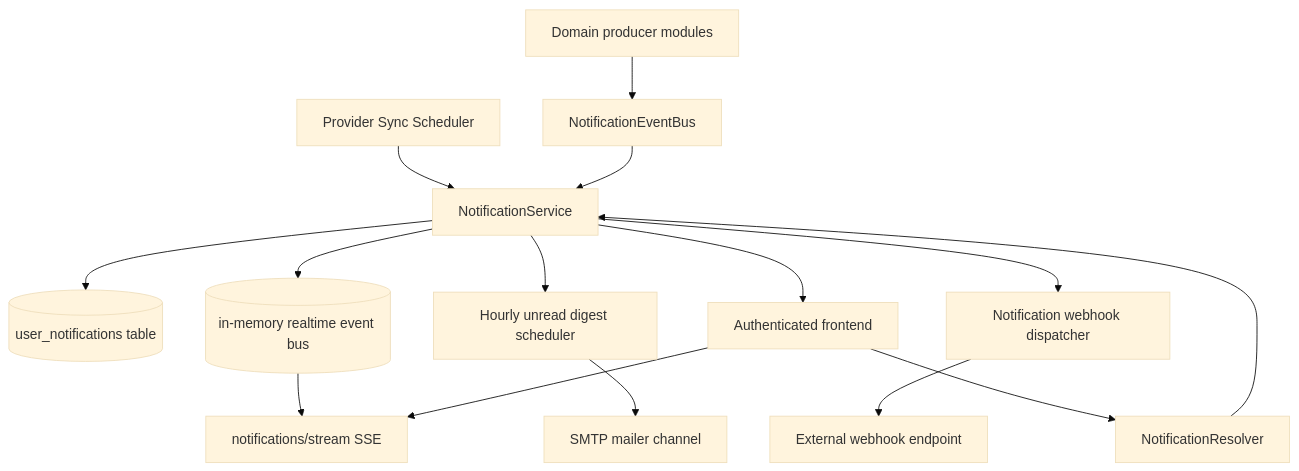
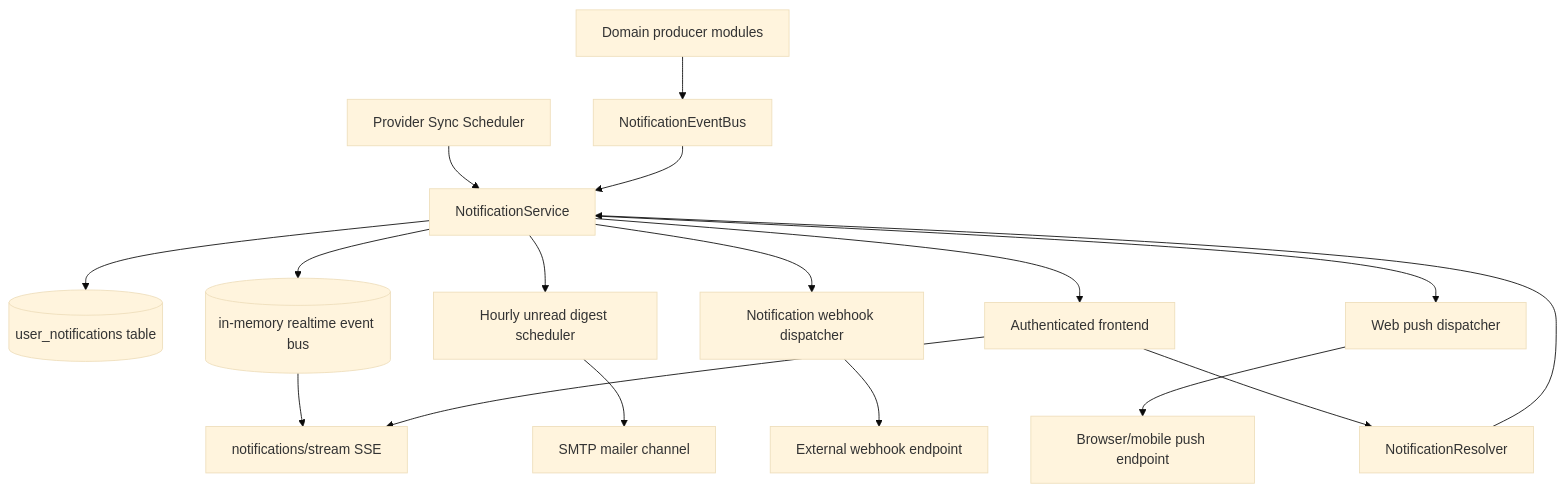
One commit to AmanVatsSharma/MailZen-Smart-Email-Management changed the diagram in apps/backend/src/notification/README.md. Above: the diagram before and after it, drawn with Mermaid (base theme). The commit also changed other lines of this file and 17 other files, not shown here.

Commit message:
Add web push subscription delivery channel

````diff
--- a/apps/backend/src/notification/README.md
+++ b/apps/backend/src/notification/README.md
@@ -133,17 +155,19 @@
 ```mermaid
 flowchart TD
   Scheduler[Provider Sync Scheduler] --> NotificationService
   Producer[Domain producer modules] --> NotificationEventBus
   NotificationEventBus --> NotificationService
   NotificationService --> Repo[(user_notifications table)]
   NotificationService --> RealtimeBus[(in-memory realtime event bus)]
   NotificationService --> DigestScheduler[Hourly unread digest scheduler]
   NotificationService --> WebhookService[Notification webhook dispatcher]
+  NotificationService --> PushService[Web push dispatcher]
   DigestScheduler --> Mailer[SMTP mailer channel]
   WebhookService --> WebhookTarget[External webhook endpoint]
+  PushService --> PushTarget[Browser/mobile push endpoint]
   RealtimeBus --> NotificationStream[notifications/stream SSE]
   UserUI[Authenticated frontend] --> NotificationResolver
   UserUI --> NotificationStream
   NotificationResolver --> NotificationService
   NotificationService --> UserUI
 ```
````
